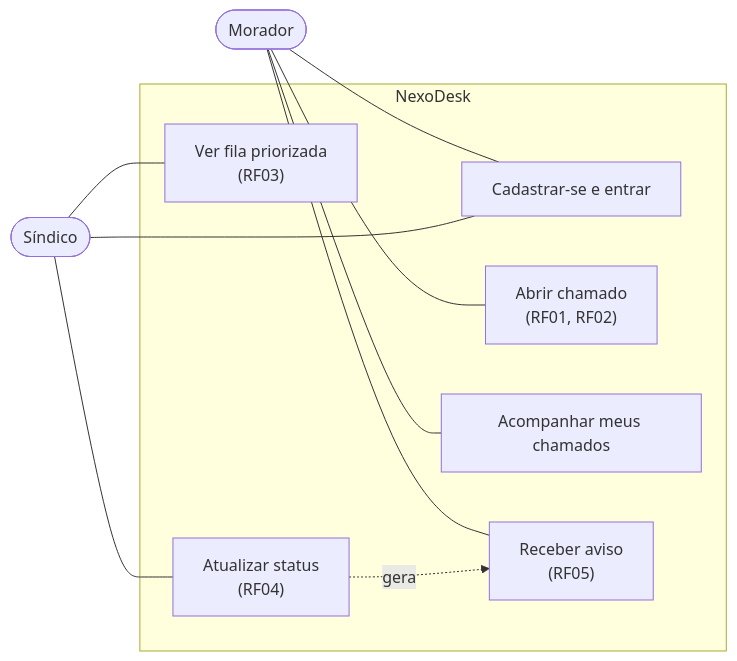
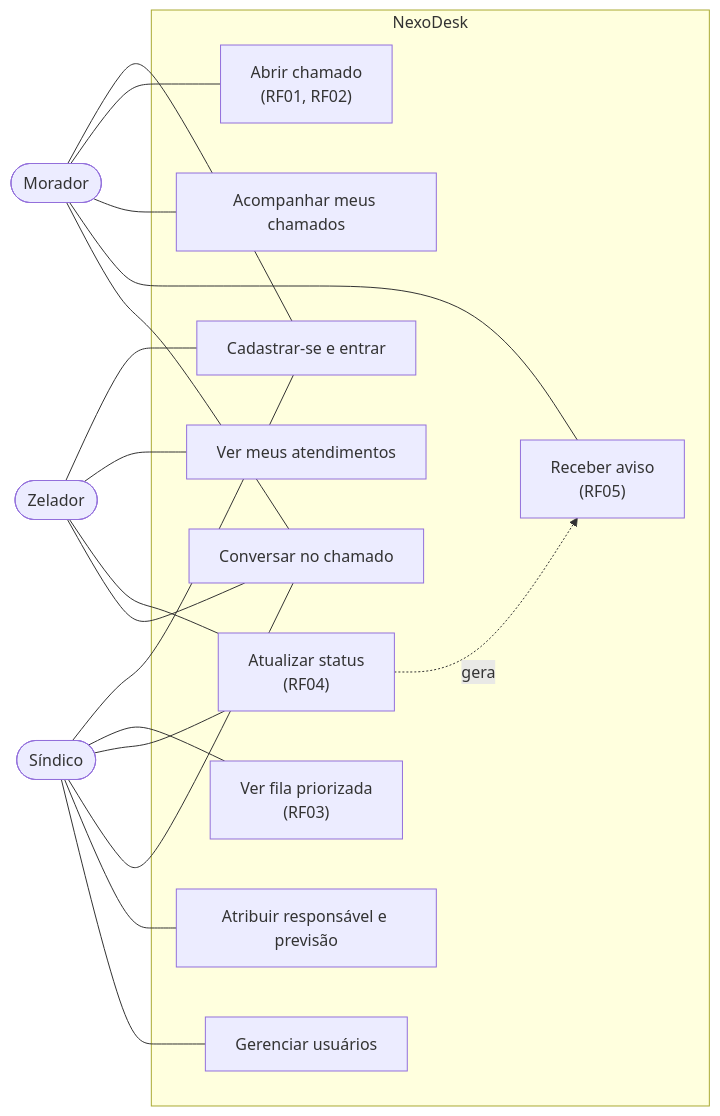
The third of 6 diagrams in docs/documentacao-tecnica.md (nevessdhiego-design/nexodesk), drawn with Mermaid before and after one commit. The commit also changed other lines of this file and 12 other files, not shown here.

````diff
--- a/docs/documentacao-tecnica.md
+++ b/docs/documentacao-tecnica.md
@@ -246,21 +345,34 @@
 ```mermaid
 flowchart LR
     M(["Morador"])
+    Z(["Zelador"])
     S(["Síndico"])
     subgraph NexoDesk
         UC1["Cadastrar-se e entrar"]
         UC2["Abrir chamado<br/>(RF01, RF02)"]
         UC3["Acompanhar meus chamados"]
         UC4["Ver fila priorizada<br/>(RF03)"]
         UC5["Atualizar status<br/>(RF04)"]
         UC6["Receber aviso<br/>(RF05)"]
+        UC7["Conversar no chamado"]
+        UC8["Atribuir responsável e previsão"]
+        UC9["Gerenciar usuários"]
+        UC10["Ver meus atendimentos"]
     end
     M --- UC1
     M --- UC2
     M --- UC3
     M --- UC6
+    M --- UC7
+    Z --- UC1
+    Z --- UC10
+    Z --- UC5
+    Z --- UC7
     S --- UC1
     S --- UC4
     S --- UC5
+    S --- UC7
+    S --- UC8
+    S --- UC9
     UC5 -. "gera" .-> UC6
 ```
````
